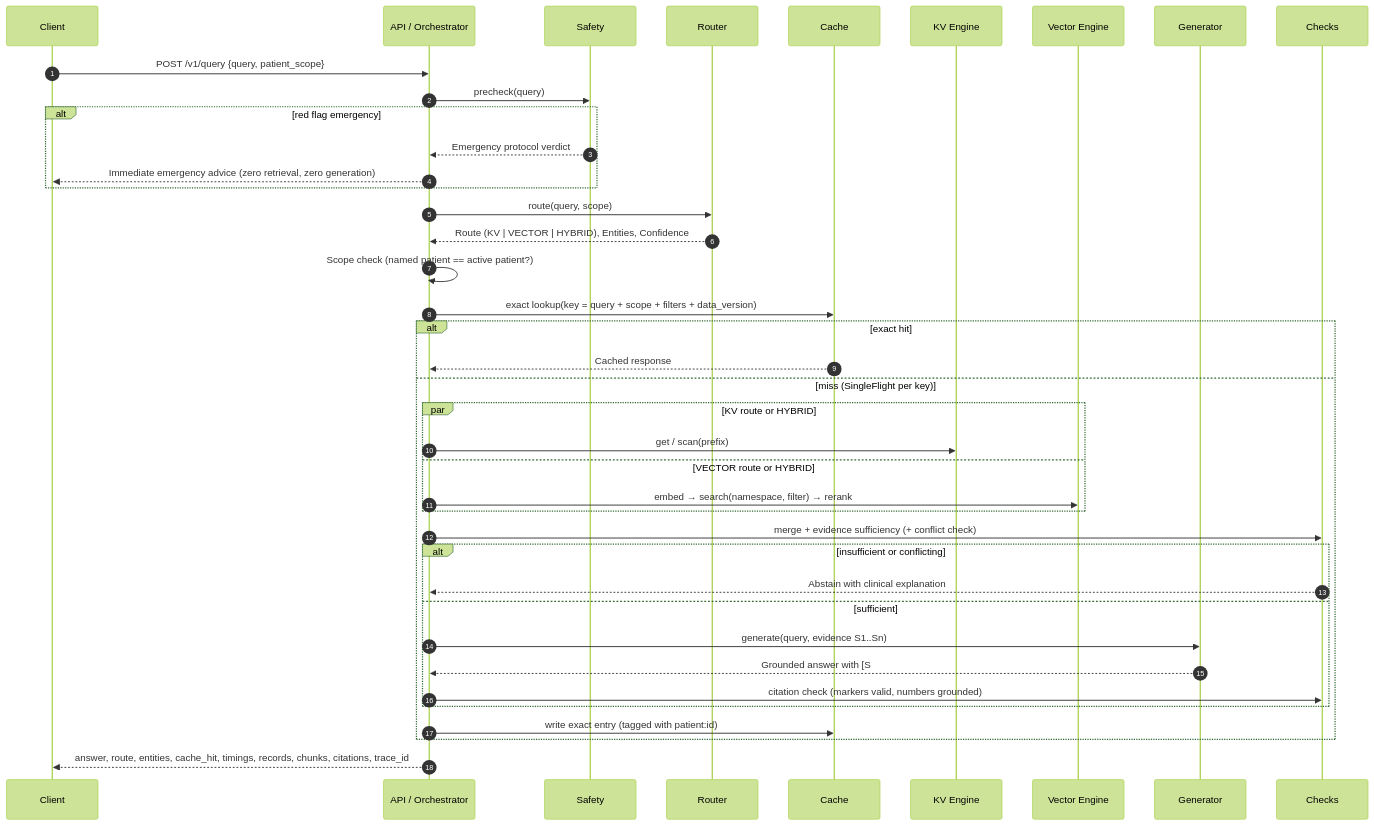
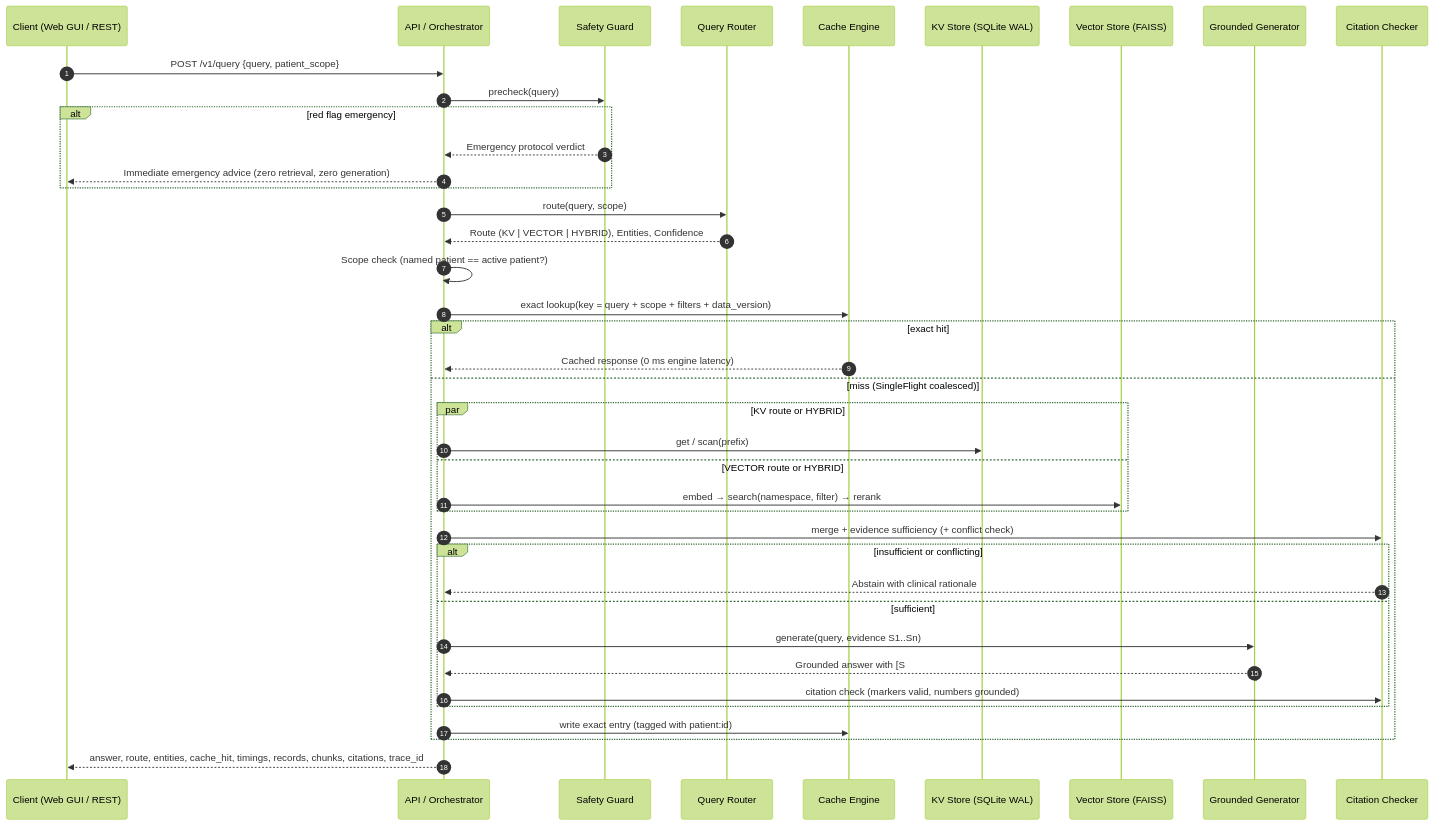
One commit to Snorlax231155/kv-vector-db changed the second of 3 diagrams in README.md. Above: the diagram before and after it, drawn with Mermaid (forest theme). The commit also changed other lines of this file and 10 other files, not shown here.

Commit message:
feat: Capstone project presentation, interactive clinical dashboard, and comprehensive architectural documentation

````diff
--- a/README.md
+++ b/README.md
@@ -178,43 +190,43 @@
 ```mermaid
 sequenceDiagram
   autonumber
-  participant C as Client
+  participant C as Client (Web GUI / REST)
   participant A as API / Orchestrator
-  participant S as Safety
-  participant R as Router
-  participant X as Cache
-  participant K as KV Engine
-  participant V as Vector Engine
-  participant G as Generator
-  participant Q as Checks
+  participant S as Safety Guard
+  participant R as Query Router
+  participant X as Cache Engine
+  participant K as KV Store (SQLite WAL)
+  participant V as Vector Store (FAISS)
+  participant G as Grounded Generator
+  participant Q as Citation Checker
 
   C->>A: POST /v1/query {query, patient_scope}
   A->>S: precheck(query)
   alt red flag emergency
     S-->>A: Emergency protocol verdict
     A-->>C: Immediate emergency advice (zero retrieval, zero generation)
   end
   A->>R: route(query, scope)
   R-->>A: Route (KV | VECTOR | HYBRID), Entities, Confidence
   A->>A: Scope check (named patient == active patient?)
   A->>X: exact lookup(key = query + scope + filters + data_version)
   alt exact hit
-    X-->>A: Cached response
-  else miss (SingleFlight per key)
+    X-->>A: Cached response (0 ms engine latency)
+  else miss (SingleFlight coalesced)
     par KV route or HYBRID
       A->>K: get / scan(prefix)
     and VECTOR route or HYBRID
       A->>V: embed → search(namespace, filter) → rerank
     end
     A->>Q: merge + evidence sufficiency (+ conflict check)
     alt insufficient or conflicting
-      Q-->>A: Abstain with clinical explanation
+      Q-->>A: Abstain with clinical rationale
     else sufficient
       A->>G: generate(query, evidence S1..Sn)
       G-->>A: Grounded answer with [S#] citations
       A->>Q: citation check (markers valid, numbers grounded)
     end
     A->>X: write exact entry (tagged with patient:id)
   end
   A-->>C: answer, route, entities, cache_hit, timings, records, chunks, citations, trace_id
 ```
````
